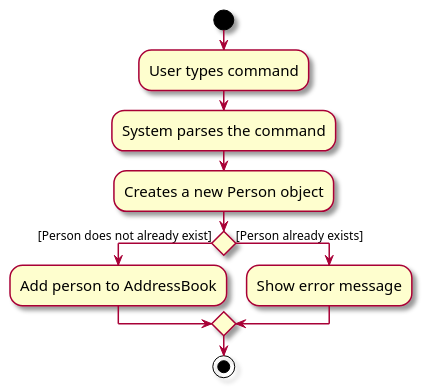
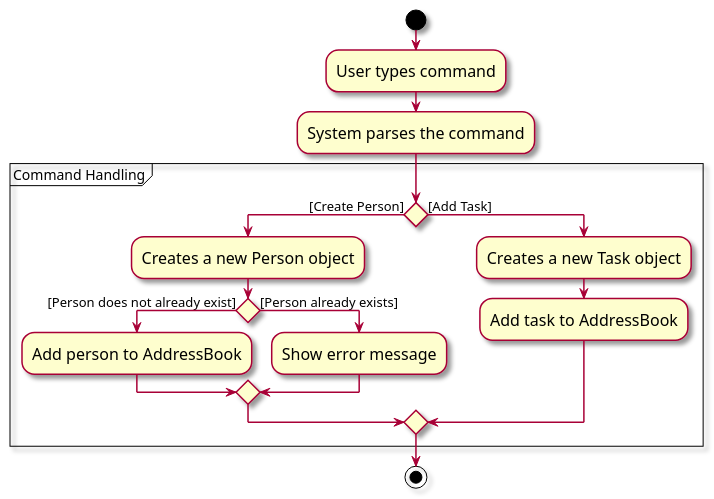
One commit to nus-cs2103-AY2425S1/tp changed the diagram in docs/diagrams/CommitActivityDiagram.puml. Above: the diagram before and after it, drawn with PlantUML.

Commit message:
Update CommitActivityDiagram Class:

```diff
--- a/docs/diagrams/CommitActivityDiagram.puml
+++ b/docs/diagrams/CommitActivityDiagram.puml
@@ -1,15 +1,23 @@
 @startuml
 skin rose
-skinparam ActivityFontSize 15
-skinparam ArrowFontSize 12
+skinparam ActivityFontSize 16
+skinparam ArrowFontSize 13
 start
 :User types command;
 :System parses the command;
-:Creates a new Person object;
-if () then ([Person does not already exist])
-  :Add person to AddressBook;
-else ([Person already exists])
-  :Show error message;
-endif
+
+partition "Command Handling" {
+  if () then ([Create Person])
+    :Creates a new Person object;
+    if () then ([Person does not already exist])
+      :Add person to AddressBook;
+    else ([Person already exists])
+      :Show error message;
+    endif
+  else ([Add Task])
+    :Creates a new Task object;
+    :Add task to AddressBook;
+  endif
+}
 stop
 @enduml
```
